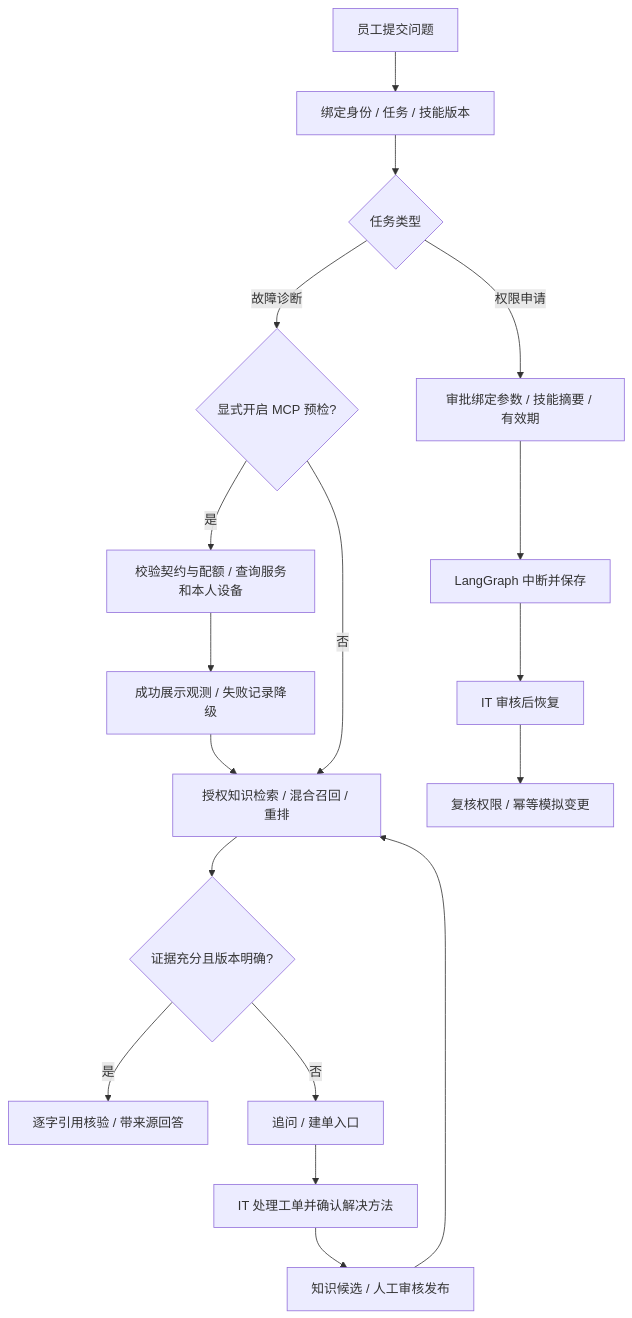
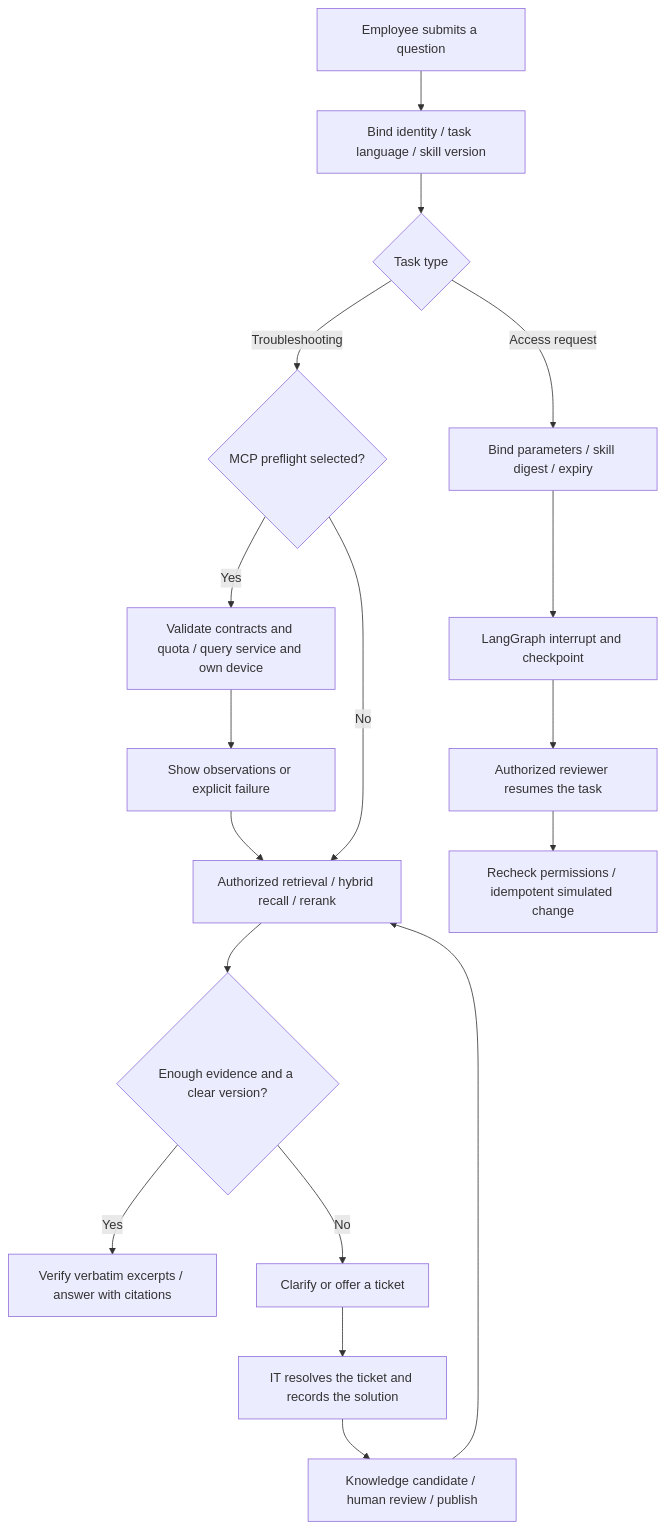
One commit to shaohsuanw803-boop/deskpilot changed the third of 3 diagrams in README.md. Above: the diagram before and after it, drawn with Mermaid. The commit also changed other lines of this file and 43 other files, not shown here.

````diff
--- a/README.md
+++ b/README.md
@@ -108,20 +124,20 @@
 ```mermaid
 flowchart TD
-  Q[员工提交问题] --> R[绑定身份 / 任务 / 技能版本]
-  R --> TYPE{任务类型}
-  TYPE -->|故障诊断| OPT{显式开启 MCP 预检?}
-  OPT -->|是| TOOL[校验契约与配额 / 查询服务和本人设备]
-  TOOL --> OBS[成功展示观测 / 失败记录降级]
-  OBS --> RAG[授权知识检索 / 混合召回 / 重排]
-  OPT -->|否| RAG
-  RAG --> E{证据充分且版本明确?}
-  E -->|是| ANSWER[逐字引用核验 / 带来源回答]
-  E -->|否| ASK[追问 / 建单入口]
-  TYPE -->|权限申请| APR[审批绑定参数 / 技能摘要 / 有效期]
-  APR --> WAIT[LangGraph 中断并保存]
-  WAIT --> IT[IT 审核后恢复]
-  IT --> EXEC[复核权限 / 幂等模拟变更]
-  ASK --> TICKET[IT 处理工单并确认解决方法]
-  TICKET --> KB[知识候选 / 人工审核发布]
+  Q[Employee submits a question] --> R[Bind identity / task language / skill version]
+  R --> TYPE{Task type}
+  TYPE -->|Troubleshooting| OPT{MCP preflight selected?}
+  OPT -->|Yes| TOOL[Validate contracts and quota / query service and own device]
+  TOOL --> OBS[Show observations or explicit failure]
+  OBS --> RAG[Authorized retrieval / hybrid recall / rerank]
+  OPT -->|No| RAG
+  RAG --> E{Enough evidence and a clear version?}
+  E -->|Yes| ANSWER[Verify verbatim excerpts / answer with citations]
+  E -->|No| ASK[Clarify or offer a ticket]
+  TYPE -->|Access request| APR[Bind parameters / skill digest / expiry]
+  APR --> WAIT[LangGraph interrupt and checkpoint]
+  WAIT --> IT[Authorized reviewer resumes the task]
+  IT --> EXEC[Recheck permissions / idempotent simulated change]
+  ASK --> TICKET[IT resolves the ticket and records the solution]
+  TICKET --> KB[Knowledge candidate / human review / publish]
   KB --> RAG
 ```
````
